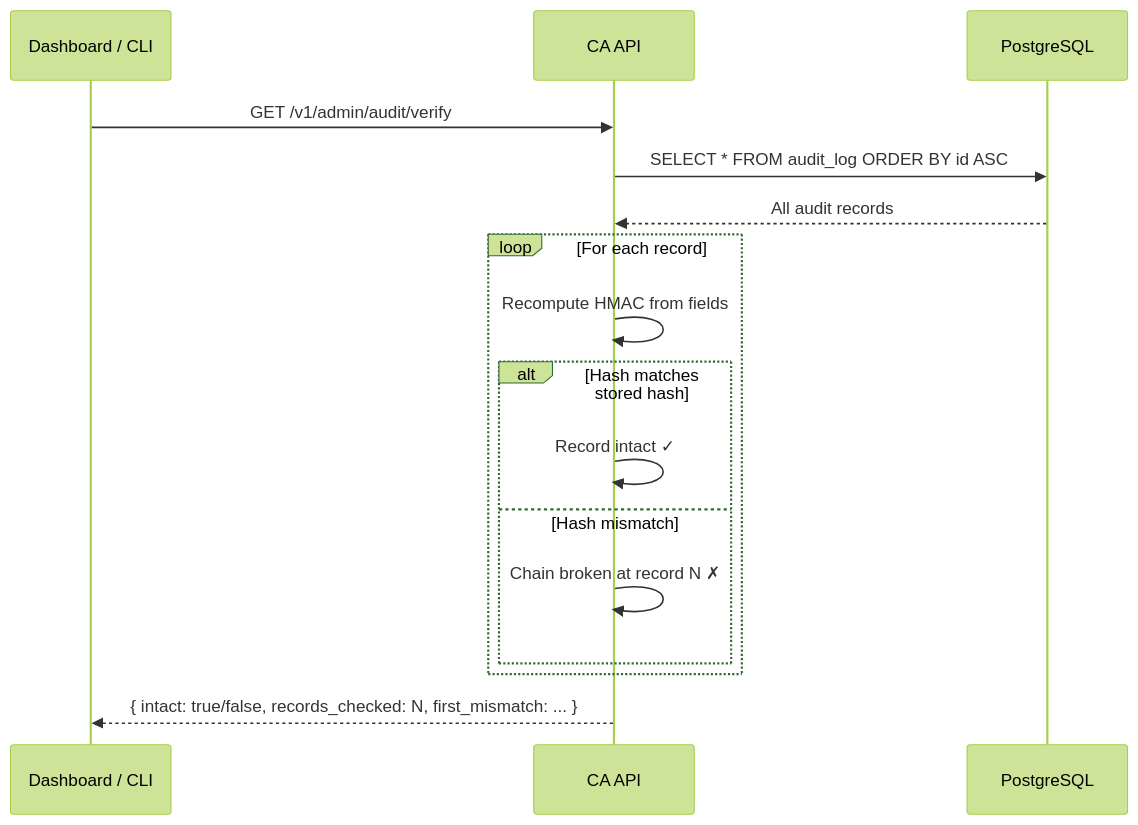
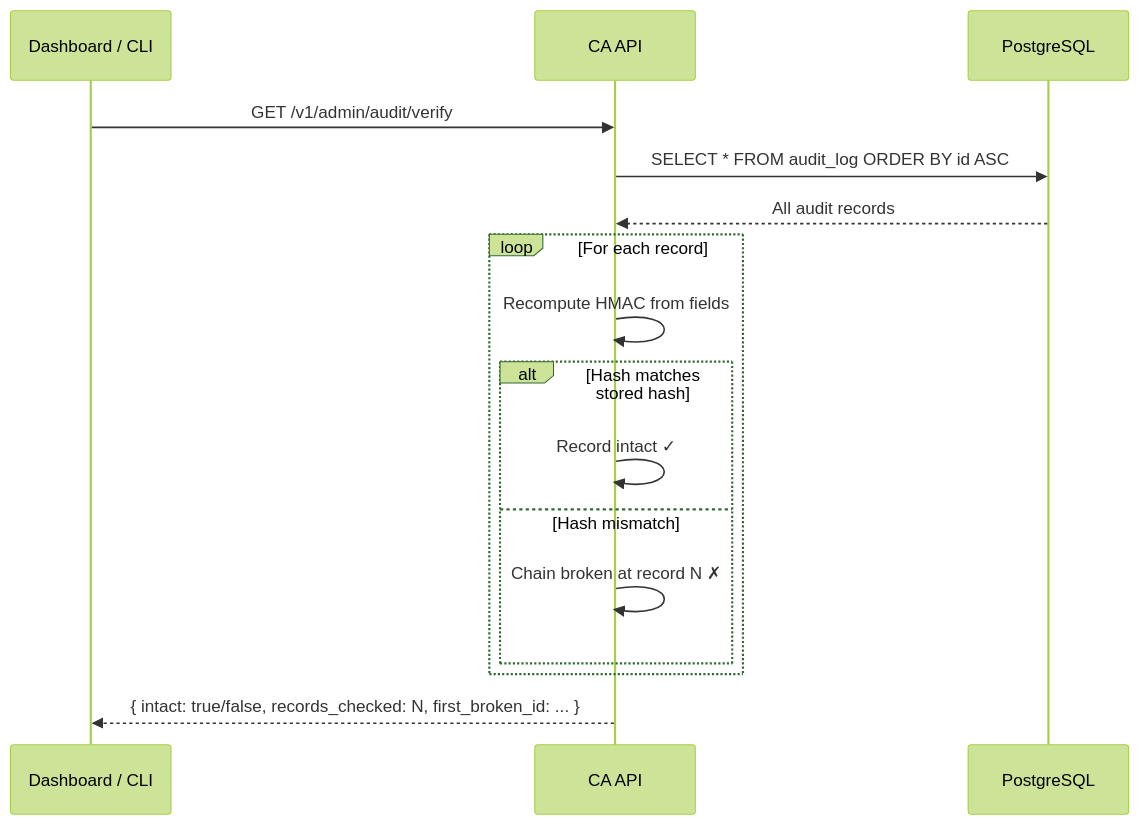
The second of 4 diagrams in content/posts/pki-next-part4-tamper-evident-audit.md (czinda/czinda-io), drawn with Mermaid (forest theme) before and after one commit. The commit also changed other lines of this file and 4 other files, not shown here.

```diff
--- a/content/posts/pki-next-part4-tamper-evident-audit.md
+++ b/content/posts/pki-next-part4-tamper-evident-audit.md
@@ -139,21 +139,21 @@
 {{< mermaid >}}
 sequenceDiagram
     participant Client as Dashboard / CLI
     participant API as CA API
     participant DB as PostgreSQL
 
     Client->>API: GET /v1/admin/audit/verify
     API->>DB: SELECT * FROM audit_log ORDER BY id ASC
     DB-->>API: All audit records
 
     loop For each record
         API->>API: Recompute HMAC from fields
         alt Hash matches stored hash
             API->>API: Record intact ✓
         else Hash mismatch
             API->>API: Chain broken at record N ✗
         end
     end
 
-    API-->>Client: { intact: true/false, records_checked: N, first_mismatch: ... }
+    API-->>Client: { intact: true/false, records_checked: N, first_broken_id: ... }
 {{< /mermaid >}}
```
